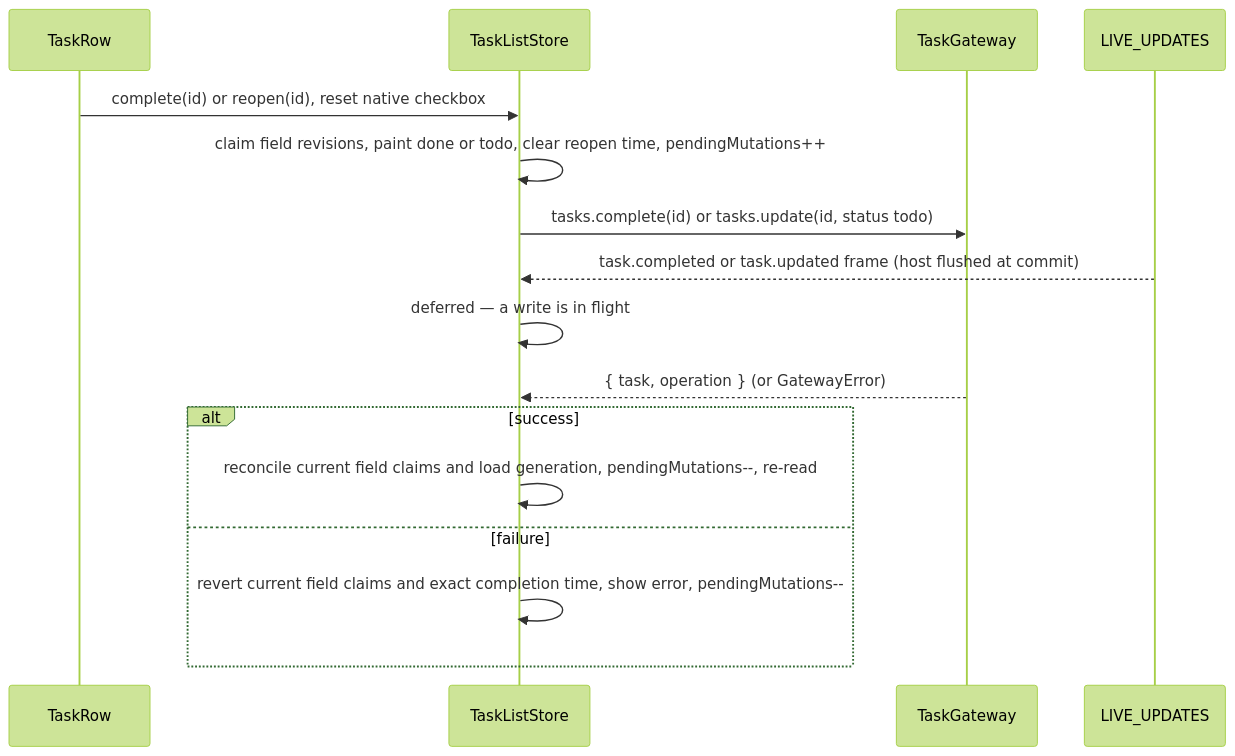
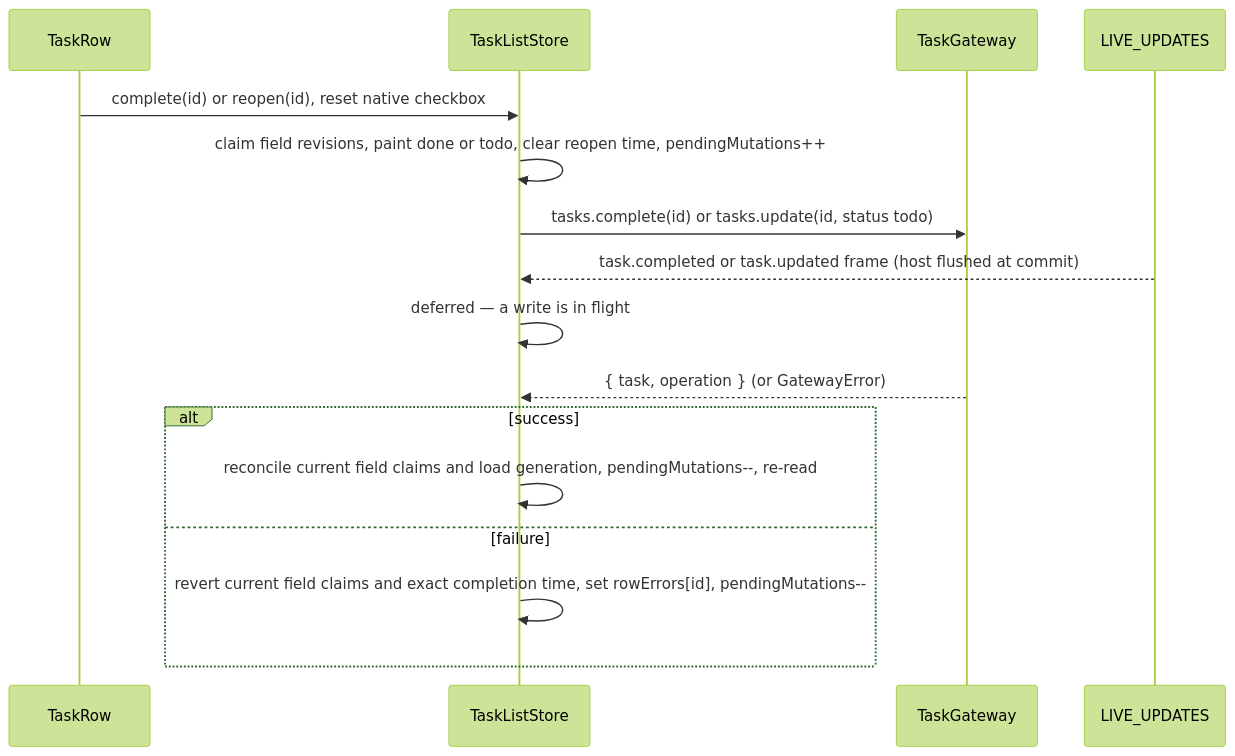
The second of 2 diagrams in docs/architecture/web/tasks/what.md (CalciteDragon/Canvas-work-manager-prototype), drawn with Mermaid (forest theme) before and after one commit. The commit also changed other lines of this file and 16 other files, not shown here.

````diff
--- a/docs/architecture/web/tasks/what.md
+++ b/docs/architecture/web/tasks/what.md
@@ -35,18 +35,18 @@
 ```mermaid
 sequenceDiagram
   participant R as TaskRow
   participant S as TaskListStore
   participant G as TaskGateway
   participant L as LIVE_UPDATES
   R->>S: complete(id) or reopen(id), reset native checkbox
   S->>S: claim field revisions, paint done or todo, clear reopen time, pendingMutations++
   S->>G: tasks.complete(id) or tasks.update(id, status todo)
   L-->>S: task.completed or task.updated frame (host flushed at commit)
   S->>S: deferred — a write is in flight
   G-->>S: { task, operation } (or GatewayError)
   alt success
     S->>S: reconcile current field claims and load generation, pendingMutations--, re-read
   else failure
-    S->>S: revert current field claims and exact completion time, show error, pendingMutations--
+    S->>S: revert current field claims and exact completion time, set rowErrors[id], pendingMutations--
   end
 ```
````
